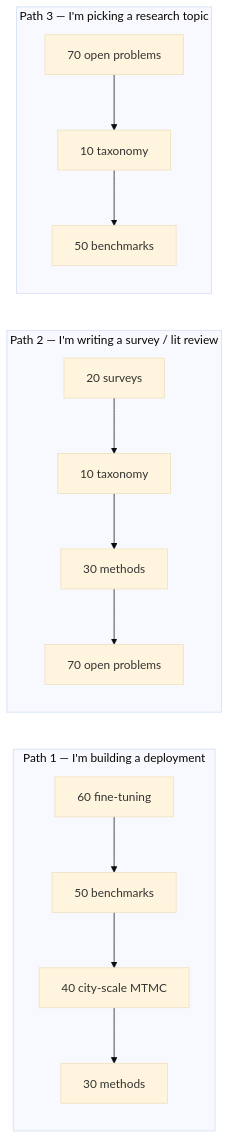
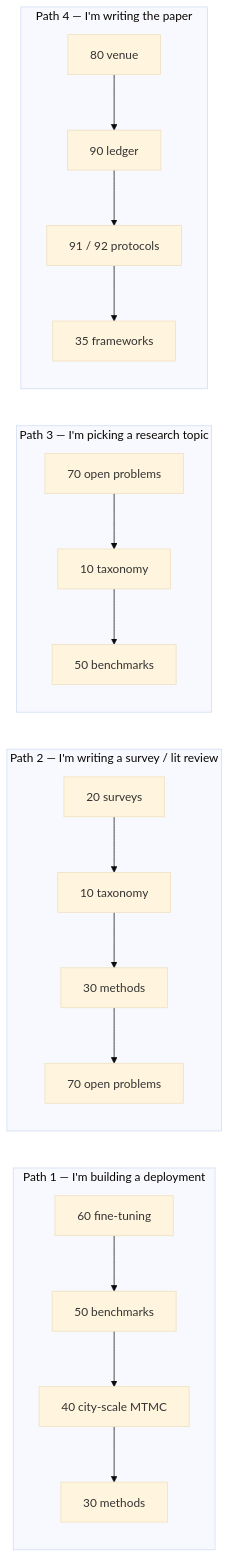
One commit to karolmajek/torment-nexus changed the second of 2 diagrams in docs/00-index-reid-2026.md. Above: the diagram before and after it, drawn with Mermaid (base theme). The commit also changed other lines of this file and 8 other files, not shown here.

````diff
--- a/docs/00-index-reid-2026.md
+++ b/docs/00-index-reid-2026.md
@@ -97,15 +131,19 @@
 ```mermaid
 flowchart LR
     subgraph P1["Path 1 — I'm building a deployment"]
         direction TB
         X1["60 fine-tuning"] --> X2["50 benchmarks"] --> X3["40 city-scale MTMC"] --> X4["30 methods"]
     end
     subgraph P2["Path 2 — I'm writing a survey / lit review"]
         direction TB
         Y1["20 surveys"] --> Y2["10 taxonomy"] --> Y3["30 methods"] --> Y4["70 open problems"]
     end
     subgraph P3["Path 3 — I'm picking a research topic"]
         direction TB
         Z1["70 open problems"] --> Z2["10 taxonomy"] --> Z3["50 benchmarks"]
     end
+    subgraph P4["Path 4 — I'm writing the paper"]
+        direction TB
+        W1["80 venue"] --> W2["90 ledger"] --> W3["91 / 92 protocols"] --> W4["35 frameworks"]
+    end
 ```
````
